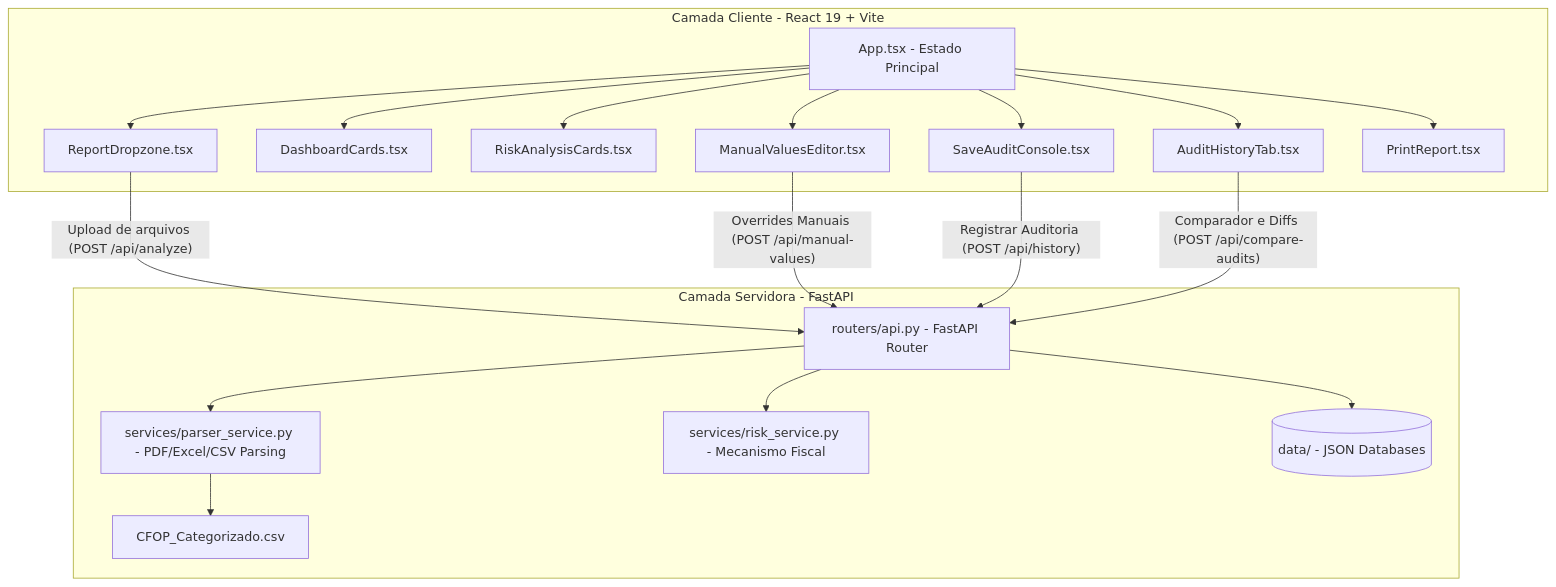
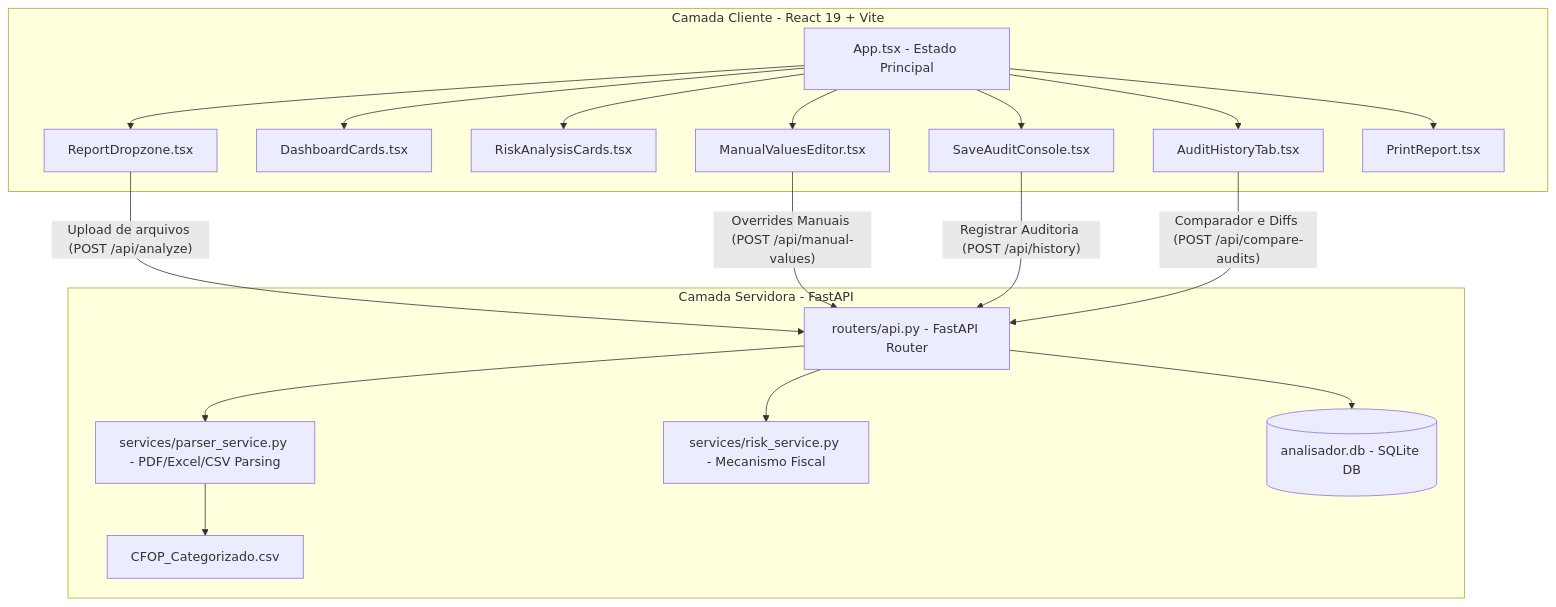
One commit to andresillveira/analisador-de-risco-simples-nacional changed the diagram in ANTIGRAVITY.md. Above: the diagram before and after it, drawn with Mermaid. The commit also changed other lines of this file, not shown here.

Commit message:
docs: atualizar contexto tecnico no ANTIGRAVITY.md para SQLite

````diff
--- a/ANTIGRAVITY.md
+++ b/ANTIGRAVITY.md
@@ -22,31 +22,31 @@
 ```mermaid
 graph TD
     subgraph Frontend [Camada Cliente - React 19 + Vite]
         App[App.tsx - Estado Principal] --> Dropzone[ReportDropzone.tsx]
         App --> Dashboard[DashboardCards.tsx]
         App --> RiskCards[RiskAnalysisCards.tsx]
         App --> ManualEd[ManualValuesEditor.tsx]
         App --> SaveAudit[SaveAuditConsole.tsx]
         App --> AuditHistTab[AuditHistoryTab.tsx]
         App --> PrintRep[PrintReport.tsx]
     end
 
     subgraph Backend [Camada Servidora - FastAPI]
         Router[routers/api.py - FastAPI Router]
         Parser[services/parser_service.py - PDF/Excel/CSV Parsing]
         RiskEngine[services/risk_service.py - Mecanismo Fiscal]
-        JSONDB[(data/ - JSON Databases)]
+        DB[(analisador.db - SQLite DB)]
         CFOP[CFOP_Categorizado.csv]
     end
 
     Dropzone -- "Upload de arquivos (POST /api/analyze)" --> Router
     ManualEd -- "Overrides Manuais (POST /api/manual-values)" --> Router
     SaveAudit -- "Registrar Auditoria (POST /api/history)" --> Router
     AuditHistTab -- "Comparador e Diffs (POST /api/compare-audits)" --> Router
     
     Router --> Parser
     Router --> RiskEngine
     Parser --> CFOP
     
-    Router --> JSONDB
+    Router --> DB
 ```
````
